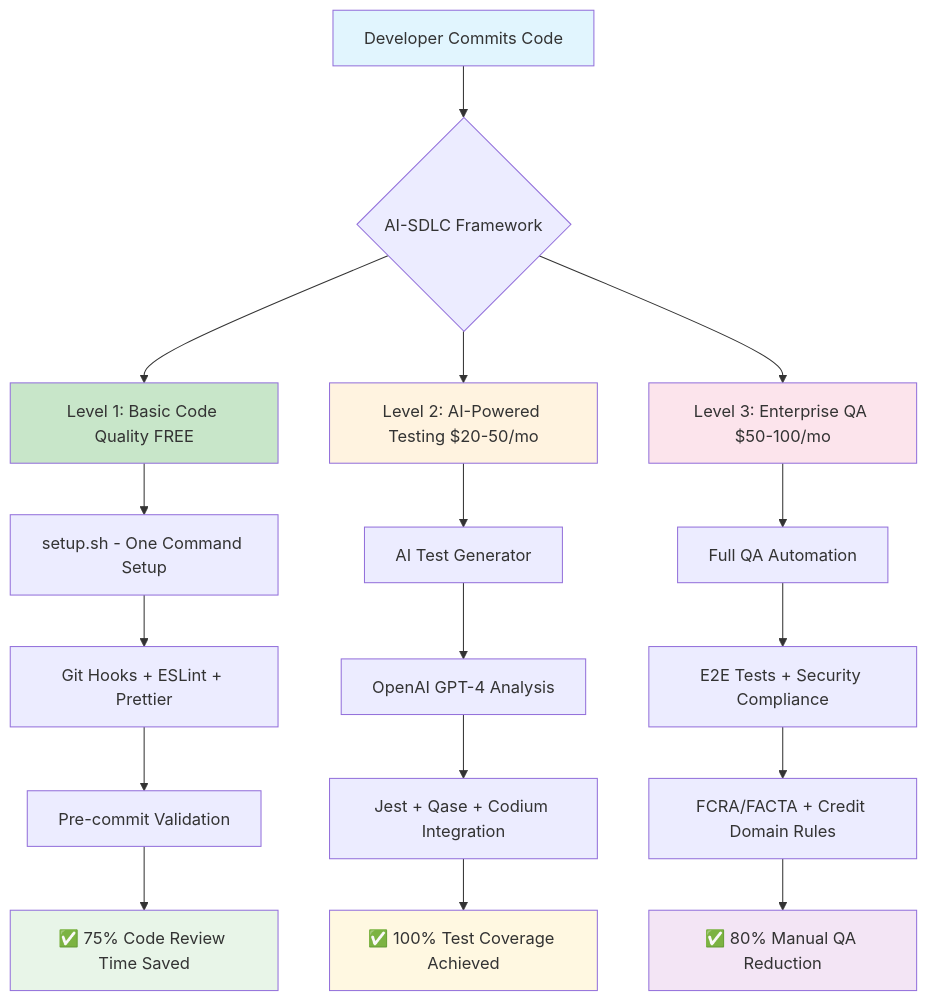
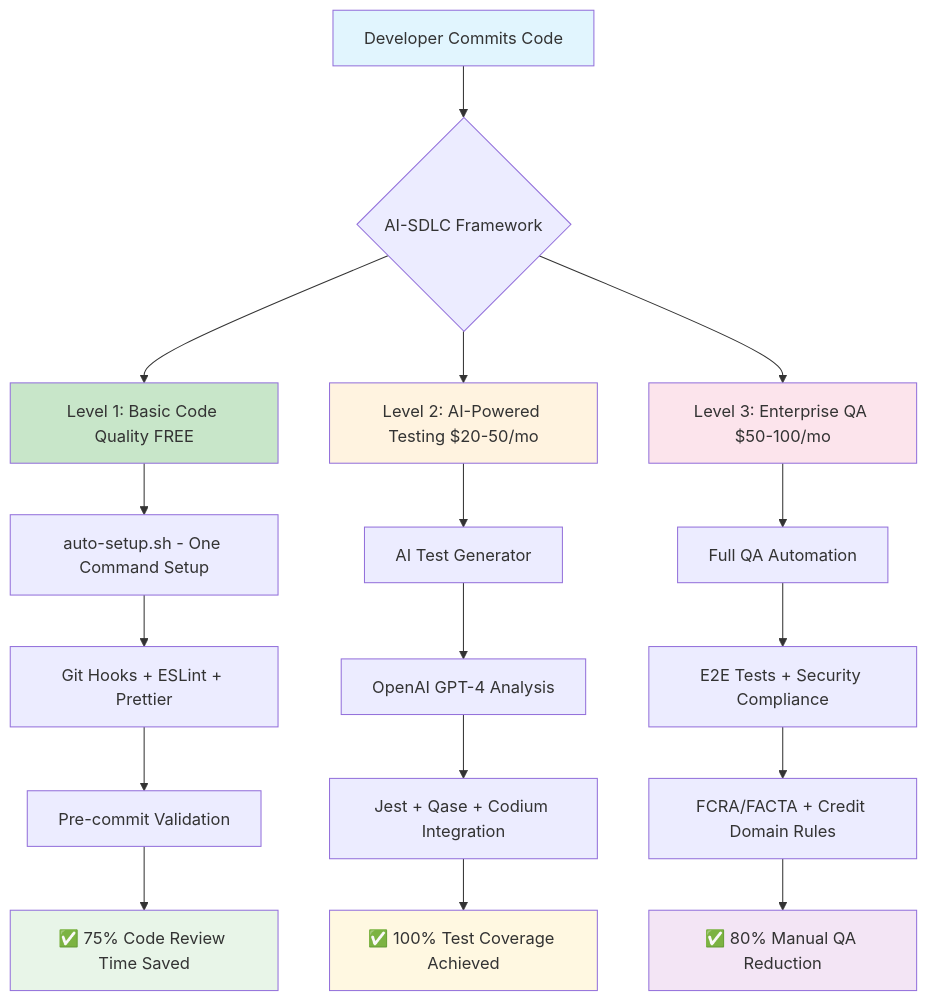
One commit to nydamon/ai-sdlc-docs changed the first of 2 diagrams in docs/architecture-simplified.md. Above: the diagram before and after it, drawn with Mermaid. The commit also changed other lines of this file and 29 other files, not shown here.

````diff
--- a/docs/architecture-simplified.md
+++ b/docs/architecture-simplified.md
@@ -9,31 +9,31 @@
 ```mermaid
 graph TD
     A[Developer Commits Code] --> B{AI-SDLC Framework}
 
     B --> L1[Level 1: Basic Code Quality FREE]
     B --> L2[Level 2: AI-Powered Testing $20-50/mo]
     B --> L3[Level 3: Enterprise QA $50-100/mo]
 
-    L1 --> C[setup.sh - One Command Setup]
+    L1 --> C[auto-setup.sh - One Command Setup]
     C --> D[Git Hooks + ESLint + Prettier]
     D --> E[Pre-commit Validation]
     E --> R1[✅ 75% Code Review Time Saved]
 
     L2 --> F[AI Test Generator]
     F --> G[OpenAI GPT-4 Analysis]
     G --> H[Jest + Qase + Codium Integration]
     H --> R2[✅ 100% Test Coverage Achieved]
 
     L3 --> I[Full QA Automation]
     I --> J[E2E Tests + Security Compliance]
     J --> K[FCRA/FACTA + Credit Domain Rules]
     K --> R3[✅ 80% Manual QA Reduction]
 
     style A fill:#e1f5fe
     style L1 fill:#c8e6c9
     style L2 fill:#fff3e0
     style L3 fill:#fce4ec
     style R1 fill:#e8f5e8
     style R2 fill:#fff8e1
     style R3 fill:#f3e5f5
 ```
````
